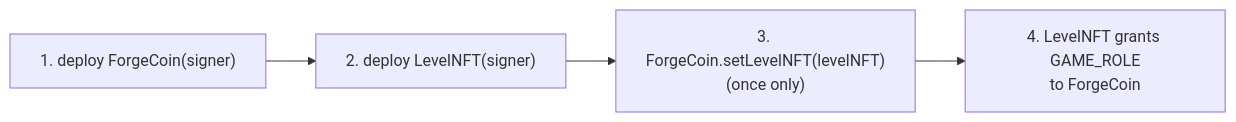
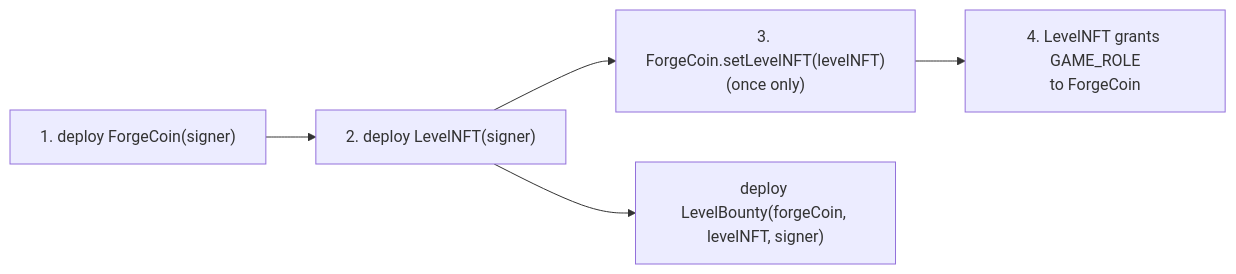
Before and after one commit to MedSlimane/realmforge: the ninth of 9 diagrams in docs/BLOCKCHAIN.md, drawn with Mermaid. The commit also changed other lines of this file and 47 other files, not shown here.

````diff
--- a/docs/BLOCKCHAIN.md
+++ b/docs/BLOCKCHAIN.md
@@ -391,6 +408,7 @@
 ```mermaid
 flowchart LR
     D1["1. deploy ForgeCoin(signer)"] --> D2["2. deploy LevelNFT(signer)"]
     D2 --> D3["3. ForgeCoin.setLevelNFT(levelNFT)<br/>(once only)"]
     D3 --> D4["4. LevelNFT grants GAME_ROLE<br/>to ForgeCoin"]
+    D2 --> D5["deploy LevelBounty(forgeCoin, levelNFT, signer)"]
 ```
````
